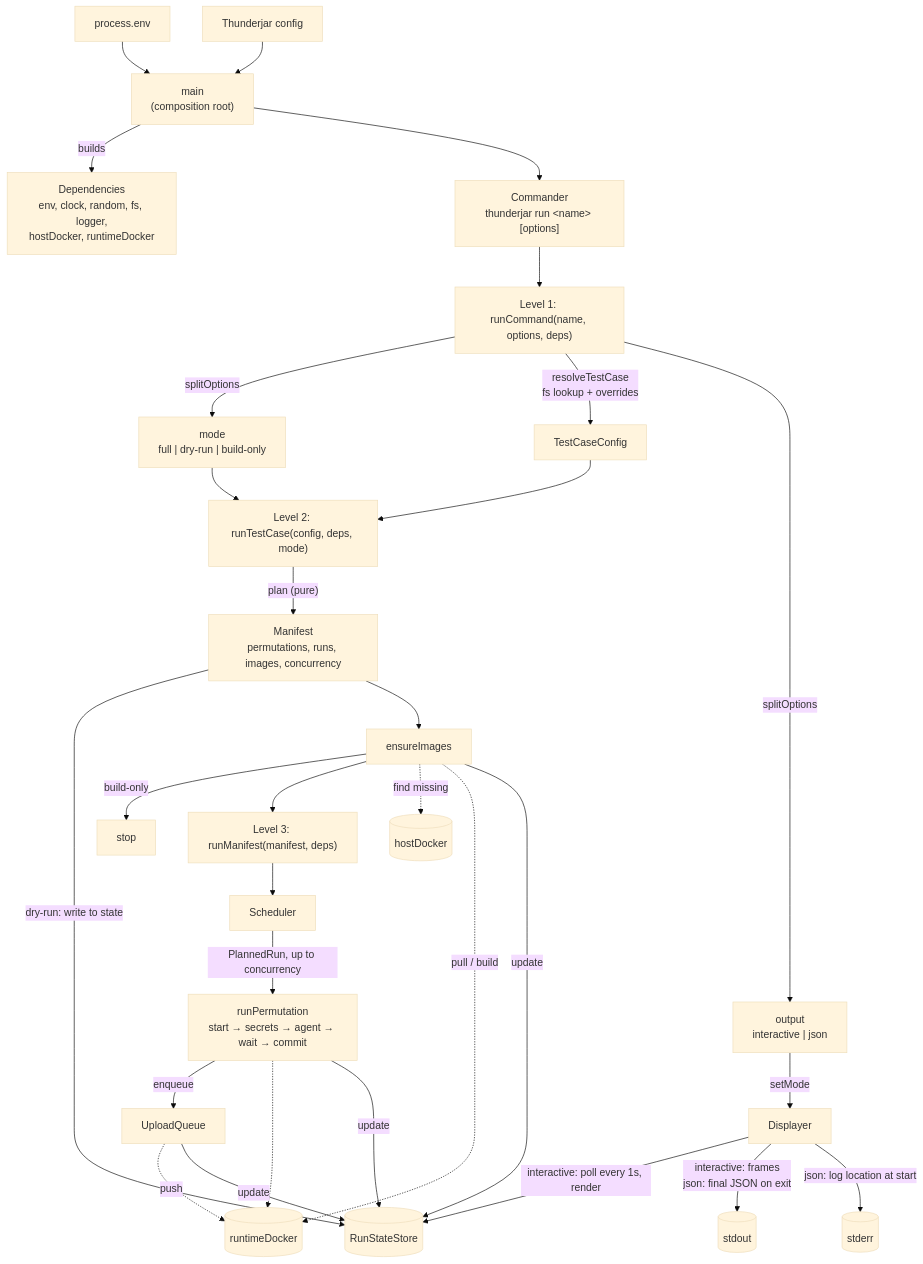
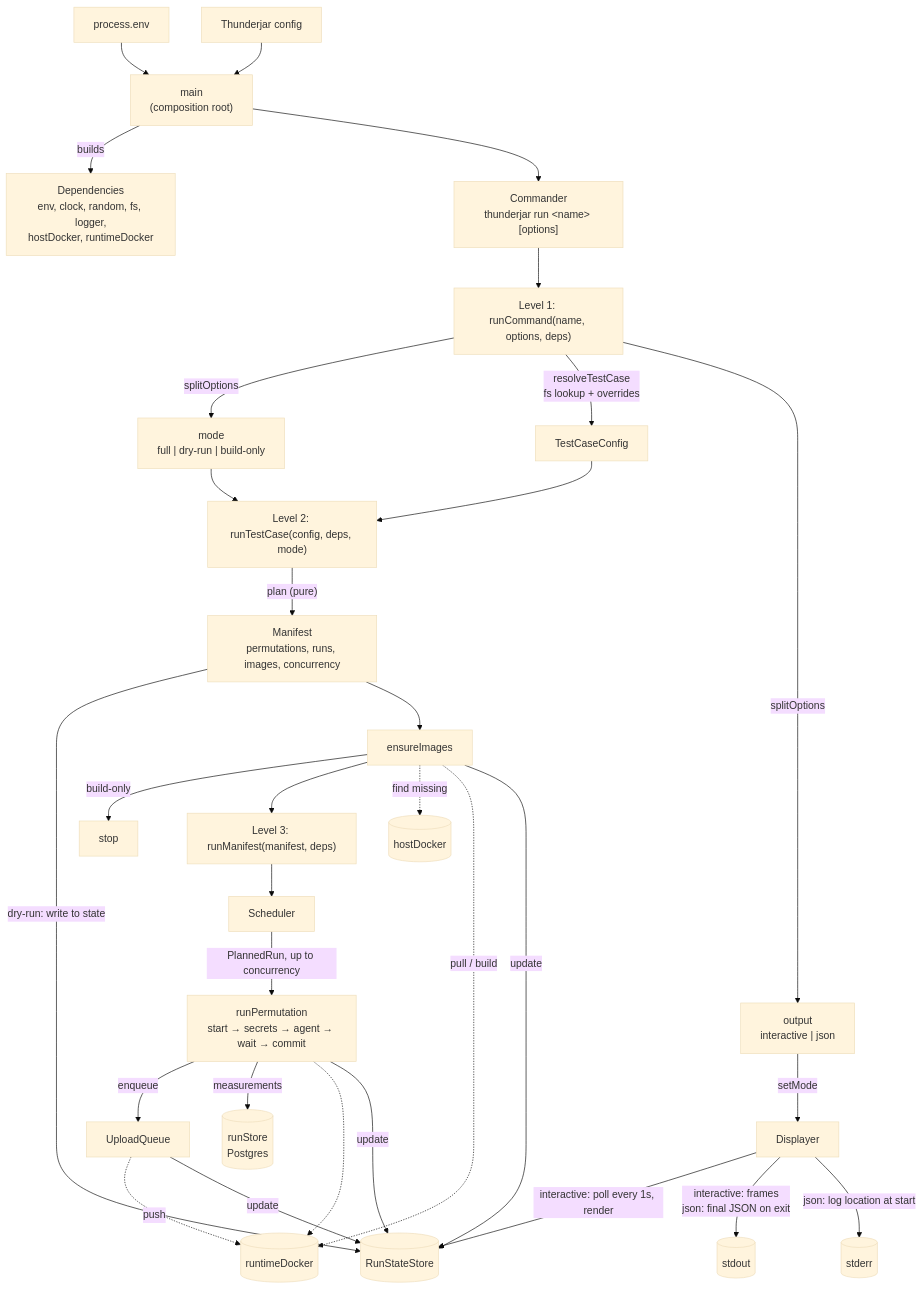
Before and after one commit to dwjohnston/thunderjar: the first of 2 diagrams in project-md/human-safe-space/refactor-work/architecture-plan.md, drawn with Mermaid (base theme). The commit also changed other lines of this file, not shown here.

````diff
--- a/project-md/human-safe-space/refactor-work/architecture-plan.md
+++ b/project-md/human-safe-space/refactor-work/architecture-plan.md
@@ -7,37 +7,38 @@
 ```mermaid
 flowchart TD
   env["process.env"] --> main
   tjconfig["Thunderjar config"] --> main
   main["main<br/>(composition root)"] -->|"builds"| deps["Dependencies<br/>env, clock, random, fs, logger,<br/>hostDocker, runtimeDocker"]
   main --> cli["Commander<br/>thunderjar run &lt;name&gt; [options]"]
 
   cli --> L1["Level 1: runCommand(name, options, deps)"]
   L1 -->|"splitOptions"| mode["mode<br/>full | dry-run | build-only"]
   L1 -->|"resolveTestCase<br/>fs lookup + overrides"| cfg["TestCaseConfig"]
 
   cfg --> L2["Level 2: runTestCase(config, deps, mode)"]
   mode --> L2
   L2 -->|"plan (pure)"| manifest["Manifest<br/>permutations, runs, images, concurrency"]
   manifest -->|"dry-run: write to state"| state
   manifest --> ensure["ensureImages"]
   ensure -->|"build-only"| stop["stop"]
   ensure --> L3["Level 3: runManifest(manifest, deps)"]
 
   L3 --> sched["Scheduler"]
   sched -->|"PlannedRun, up to concurrency"| perm["runPermutation<br/>start → secrets → agent → wait → commit"]
   perm -->|"enqueue"| uq["UploadQueue"]
+  perm -->|"measurements"| runstore[("runStore<br/>Postgres")]
 
   ensure -. "find missing" .-> host[("hostDocker")]
   ensure -. "pull / build" .-> rt[("runtimeDocker")]
   perm -.-> rt
   uq -. "push" .-> rt
 
   L1 -->|"splitOptions"| output["output<br/>interactive | json"]
   output -->|"setMode"| disp["Displayer"]
   ensure -->|"update"| state[("RunStateStore")]
   perm -->|"update"| state
   uq -->|"update"| state
   disp -->|"interactive: poll every 1s, render"| state
   disp -->|"interactive: frames<br/>json: final JSON on exit"| stdout[("stdout")]
   disp -->|"json: log location at start"| stderr[("stderr")]
 ```
````
